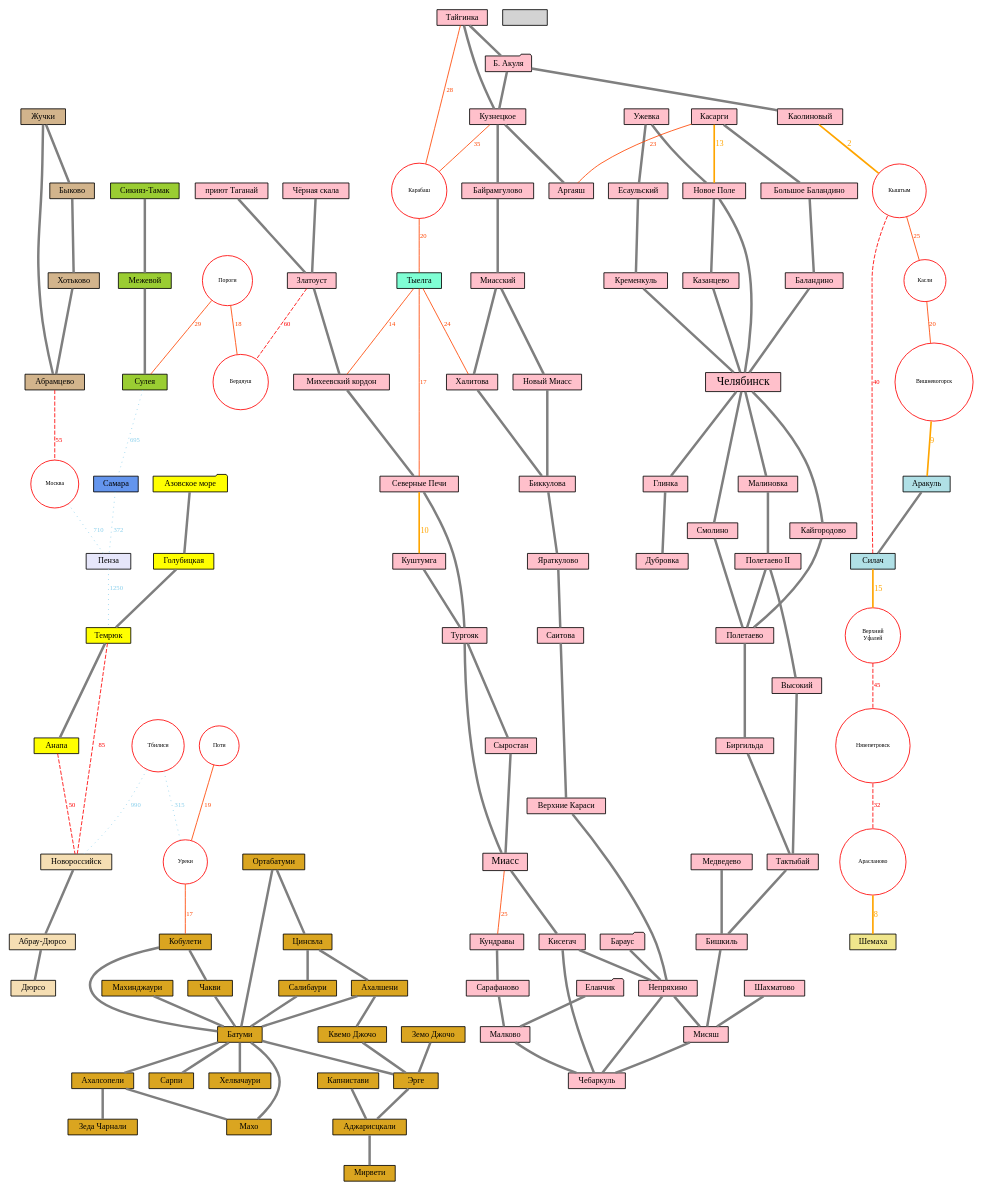
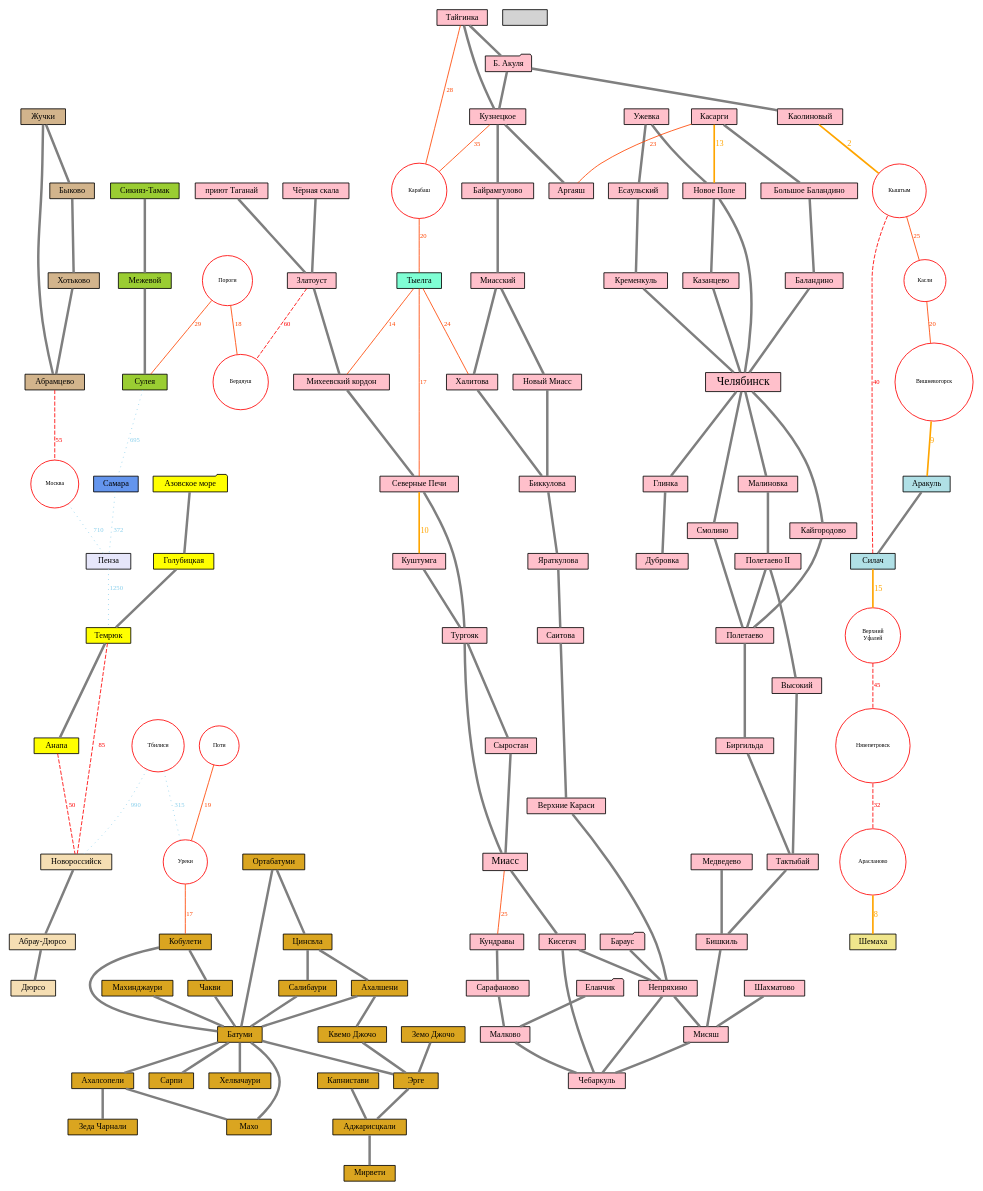
The diagram in bike-area.dot (shoorick/bike-area), drawn with Graphviz before and after one commit.

```diff
--- a/bike-area.dot
+++ b/bike-area.dot
@@ -1,171 +1,171 @@
 graph G {
     node [ shape=box, fontsize=10, fontname="Droid Sans", style=filled, height=0.2 ]
     edge [ color=gray50, penwidth=3, fontname="Droid Sans" ]
     graph [ overlap=false ]
 
     subgraph main {
         node [ fillcolor=pink ]
         Челябинск [ fontsize=14 ]
 
         "Б. Акуля" [ shape=folder ]
         "Бараус"   [ shape=folder ]
         "Еланчик"  [ shape=folder ]
 
         Миасс [ fontsize=12 ]
         Челябинск -- Смолино -- Полетаево -- Биргильда -- Тактыбай -- Бишкиль -- Мисяш -- Чебаркуль
         Ужевка -- "Новое Поле" -- Казанцево -- Челябинск
         "Новое Поле" -- Челябинск
         Челябинск -- Глинка -- Дубровка
         Челябинск -- Кайгородово -- Полетаево
         Ужевка -- Есаульский -- Кременкуль -- Челябинск
         Касарги -- "Большое Баландино" -- Баландино -- Челябинск
         Миасс -- Кисегач -- Чебаркуль
         Кисегач -- Непряхино -- Мисяш
         Шахматово -- Мисяш
         Медведево -- Бишкиль
         Челябинск -- Малиновка -- "Полетаево II" -- Высокий -- Тактыбай
         "Полетаево II" -- Полетаево
-        "Б. Акуля" -- Кузнецкое -- Байрамгулово -- Миасский -- "Новый Миасс" -- Биккулова -- Яраткулово -- Саитова -- "Верхние Караси" -- Непряхино
+        "Б. Акуля" -- Кузнецкое -- Байрамгулово -- Миасский -- "Новый Миасс" -- Биккулова -- Яраткулова -- Саитова -- "Верхние Караси" -- Непряхино
         Кундравы -- Сарафаново -- Малково
         Бараус -- Непряхино -- Чебаркуль
         Миасский -- Халитова -- Биккулова
         Еланчик -- Малково -- Чебаркуль
         Тайгинка -- "Б. Акуля" -- Каолиновый
         Тайгинка -- Кузнецкое -- Аргаяш
         "Чёрная скала" -- Златоуст -- "Михеевский кордон" -- "Северные Печи"
         "приют Таганай" -- Златоуст
         "Северные Печи" -- Тургояк -- Миасс
         Куштумга -- Тургояк -- Сыростан -- Миасс
     }
 
     subgraph north {
         node [ fillcolor=powderblue ]
 
         Аракуль -- Силач
     }
 
     subgraph penza {
         node [ fillcolor=lavender ]
 
         Пенза
     }
 
     subgraph samara {
         node [ fillcolor=cornflowerblue ]
 
         Самара
     }
 
     subgraph shemakha {
         node [ fillcolor=khaki ]
 
         Шемаха
     }
 
     subgraph ai {
         node [ fillcolor=yellowgreen ]
 
         "Сикияз-Тамак" -- Межевой -- Сулея
     }
 
     subgraph south1 {
         node [ fillcolor=yellow ]
         "Азовское море" [ shape=folder ]
         "Азовское море" -- Голубицкая -- Темрюк -- Анапа
     }
 
     subgraph south2 {
         node [ fillcolor=wheat ]
 
         Новороссийск -- "Абрау-Дюрсо" -- Дюрсо
     }
 
     subgraph georgia {
         node [ fillcolor=goldenrod ]
 
         Кобулети -- Батуми -- Махо
         Махинджаури -- Батуми -- Сарпи
         Цинсвла -- Салибаури -- Батуми -- Хелвачаури
         Кобулети -- Чакви -- Батуми -- Ахалсопели -- "Зеда Чарнали"
         Ахалсопели -- Махо
         Капнистави -- Аджарисцкали -- Мирвети
         Ортабатуми -- Батуми
         Батуми -- Эрге -- Аджарисцкали
         Ахалшени -- Батуми
         Ортабатуми --Цинсвла -- Ахалшени -- "Квемо Джочо" -- Эрге
         "Земо Джочо" -- Эрге
     }
 
     subgraph tyelga {
         node [ fillcolor=aquamarine ]
 
         Тыелга
     }
 
     subgraph zhuchki {
         node [ fillcolor=tan ]
 
         Жучки -- Абрамцево
         Жучки -- Быково -- Хотьково -- Абрамцево
     }
 
     subgraph failed_cities {
         node [ shape="circle",fillcolor="white",color="red",fontsize=7, height=0.1 ]
 
         Арасланово Бердяуш "Верхний\nУфалей" Вишневогорск Карабаш Касли Кыштым
         Пороги Нязепетровск
         Москва
         Уреки Поти Тбилиси
     }
 
     subgraph failed {
 
         // Ближайшие — можно пройти за час
         edge [ color=orange, fontcolor=orange, fontsize=10, penwidth=2 ]
         Каолиновый -- Кыштым [ label=2 ]
         Вишневогорск -- Аракуль  [ label=9 ]
         "Северные Печи" -- Куштумга [ label=10 ]
         Касарги -- "Новое Поле" [ label=13 ]
         Силач -- "Верхний\nУфалей" [ label=15 ]
         Арасланово -- Шемаха [ label=8 ]
 
         // Ближние
         edge [ color=orangered, fontcolor=orangered, fontsize=8, penwidth=1 ]
         Пороги -- Бердяуш [ label=18 ]
         Миасс -- Кундравы [ label=25 ]
         Касарги -- Аргаяш [ label=23 ]
         Пороги -- Сулея  [ label=29 ]
         Кыштым -- Касли  [ label=25 ]
         Касли -- Вишневогорск [ label=20]
         Тыелга -- "Михеевский кордон" [ label=14 ]
         Тыелга -- "Северные Печи" [ label=17 ]
         Карабаш -- Тыелга [ label=20 ]
         Кузнецкое -- Карабаш [ label=35 ]
         Тайгинка -- Карабаш [ label=28 ]
         Тыелга -- Халитова [ label=24 ]
         Уреки -- Кобулети  [ label=17 ]
         Поти -- Уреки [ label=19 ]
 
         // Средние — можно пройти за день
         edge [ color=red, fontcolor=red, style="dashed" ]
         Силач -- Кыштым  [ label=40 ]
         Анапа -- Новороссийск [ label=50 ]
         Златоуст -- Бердяуш [ label=60 ]
         Нязепетровск -- Арасланово [ label=32 ]
         "Верхний\nУфалей" -- Нязепетровск [ label=45 ]
         Абрамцево -- Москва [ label=55 ]
         Темрюк -- Новороссийск [ label=85 ]
 
         // Дальние (от 100 км)
         edge [ color=plum, fontcolor=plum, style="dotted" ]
 
         // Самые дальние — нереально проехать
         edge [ color=skyblue, fontcolor=skyblue ]
         Тбилиси -- Уреки [ label=315 ]
         Самара -- Пенза [ label=372 ]
         Москва -- Пенза [ label=710 ]
         Сулея -- Самара [ label=695 ]
         Пенза -- Темрюк [ label=1250 ]
         Тбилиси -- Новороссийск [ label=990 ]
     }
 }
```
